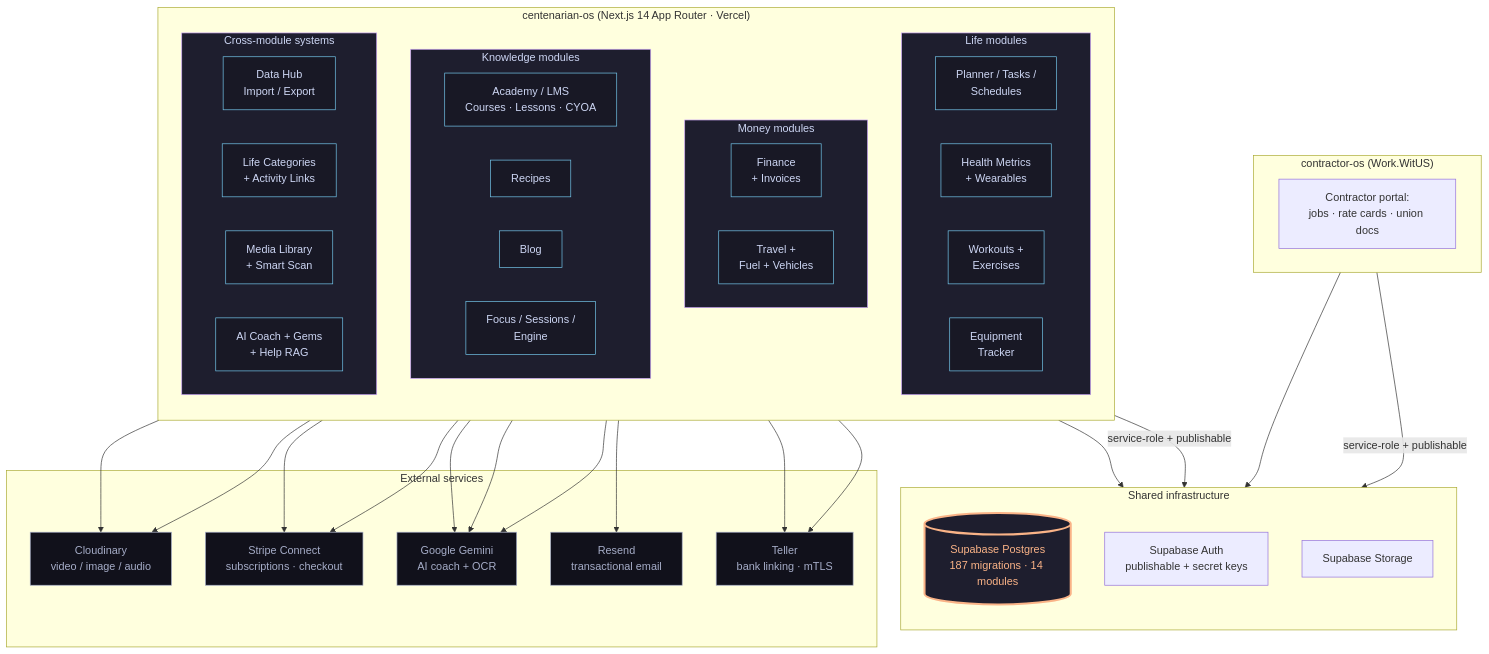
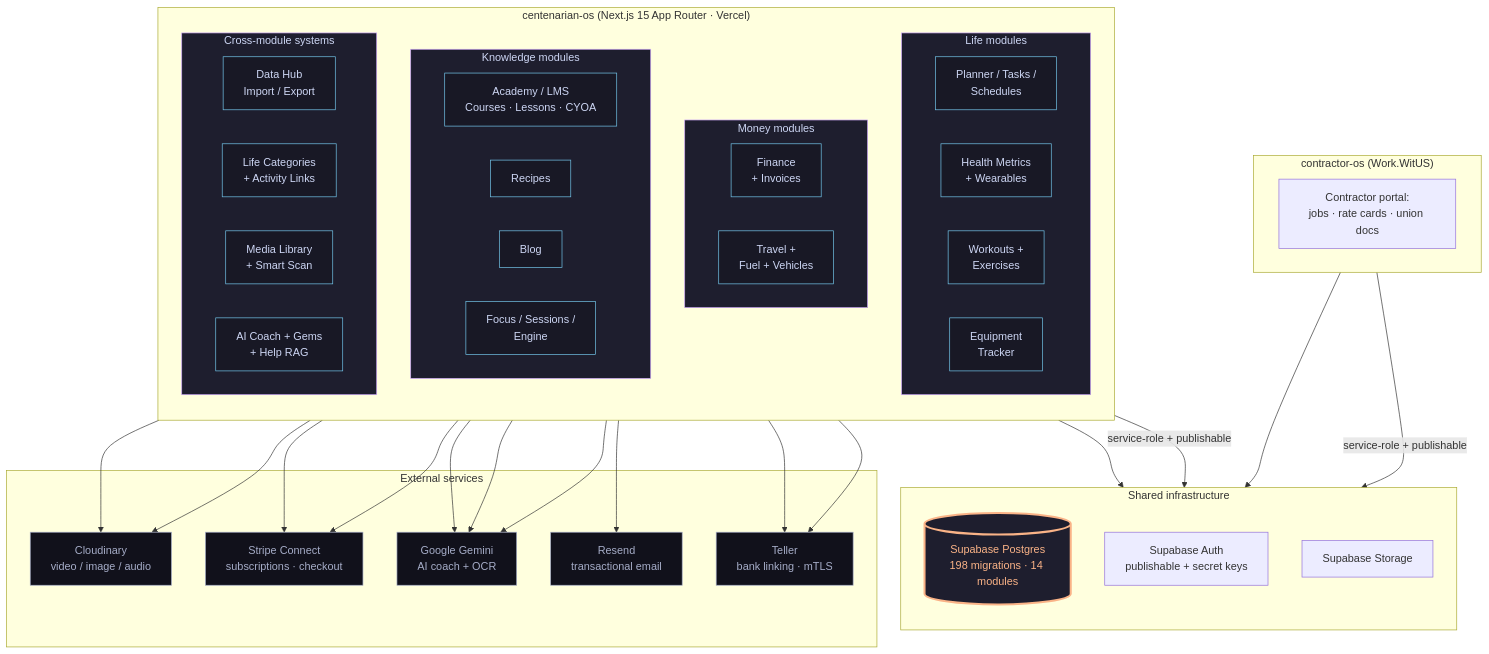
One commit to dapperAuteur/centenarian-os changed the first of 2 diagrams in ARCHITECTURE.md. Above: the diagram before and after it, drawn with Mermaid. The commit also changed other lines of this file and 2 other files, not shown here.

````diff
--- a/ARCHITECTURE.md
+++ b/ARCHITECTURE.md
@@ -7,79 +14,79 @@
 ```mermaid
 flowchart TB
   classDef shell fill:#1e1e2e,stroke:#cba6f7,color:#cdd6f4
   classDef module fill:#181825,stroke:#74c7ec,color:#cdd6f4
   classDef shared fill:#1e1e2e,stroke:#fab387,color:#fab387,stroke-width:3px
   classDef external fill:#11111b,stroke:#a6adc8,color:#a6adc8
 
-  subgraph CentOS["centenarian-os (Next.js 14 App Router · Vercel)"]
+  subgraph CentOS["centenarian-os (Next.js 15 App Router · Vercel)"]
     direction TB
 
     subgraph Life["Life modules"]
       direction LR
       Planner[Planner / Tasks /<br/>Schedules]
       Health[Health Metrics<br/>+ Wearables]
       Workouts[Workouts +<br/>Exercises]
       Equipment[Equipment<br/>Tracker]
     end
 
     subgraph Money["Money modules"]
       direction LR
       Finance[Finance<br/>+ Invoices]
       Travel[Travel +<br/>Fuel + Vehicles]
     end
 
     subgraph Knowledge["Knowledge modules"]
       direction LR
       Academy[Academy / LMS<br/>Courses · Lessons · CYOA]
       Recipes[Recipes]
       Blog[Blog]
       Focus[Focus / Sessions /<br/>Engine]
     end
 
     subgraph Cross["Cross-module systems"]
       direction LR
       DataHub[Data Hub<br/>Import / Export]
       Categories[Life Categories<br/>+ Activity Links]
       MediaLib[Media Library<br/>+ Smart Scan]
       Coach[AI Coach + Gems<br/>+ Help RAG]
     end
   end
 
   subgraph Shared["Shared infrastructure"]
     direction TB
-    Supabase[(Supabase Postgres<br/>187 migrations · 14 modules)]:::shared
+    Supabase[(Supabase Postgres<br/>198 migrations · 14 modules)]:::shared
     SupaAuth[Supabase Auth<br/>publishable + secret keys]
     SupaStorage[Supabase Storage]
   end
 
   subgraph Sibling["contractor-os (Work.WitUS)"]
     Contractor[Contractor portal:<br/>jobs · rate cards · union docs]
   end
 
   subgraph External["External services"]
     Cloudinary[Cloudinary<br/>video / image / audio]
     Stripe[Stripe Connect<br/>subscriptions · checkout]
     Gemini[Google Gemini<br/>AI coach + OCR]
     Resend[Resend<br/>transactional email]
     Teller[Teller<br/>bank linking · mTLS]
   end
 
   CentOS -->|service-role + publishable| Supabase
   Sibling -->|service-role + publishable| Supabase
   CentOS --> SupaAuth
   Sibling --> SupaAuth
   CentOS --> Cloudinary
   CentOS --> Stripe
   CentOS --> Gemini
   CentOS --> Resend
   CentOS --> Teller
   Coach --> Gemini
   MediaLib --> Cloudinary
   MediaLib --> Gemini
   Finance --> Teller
   Finance --> Stripe
 
   class Life,Money,Knowledge,Cross shell
   class Planner,Health,Workouts,Equipment,Finance,Travel,Academy,Recipes,Blog,Focus,DataHub,Categories,MediaLib,Coach module
   class Cloudinary,Stripe,Gemini,Resend,Teller external
 ```
````
